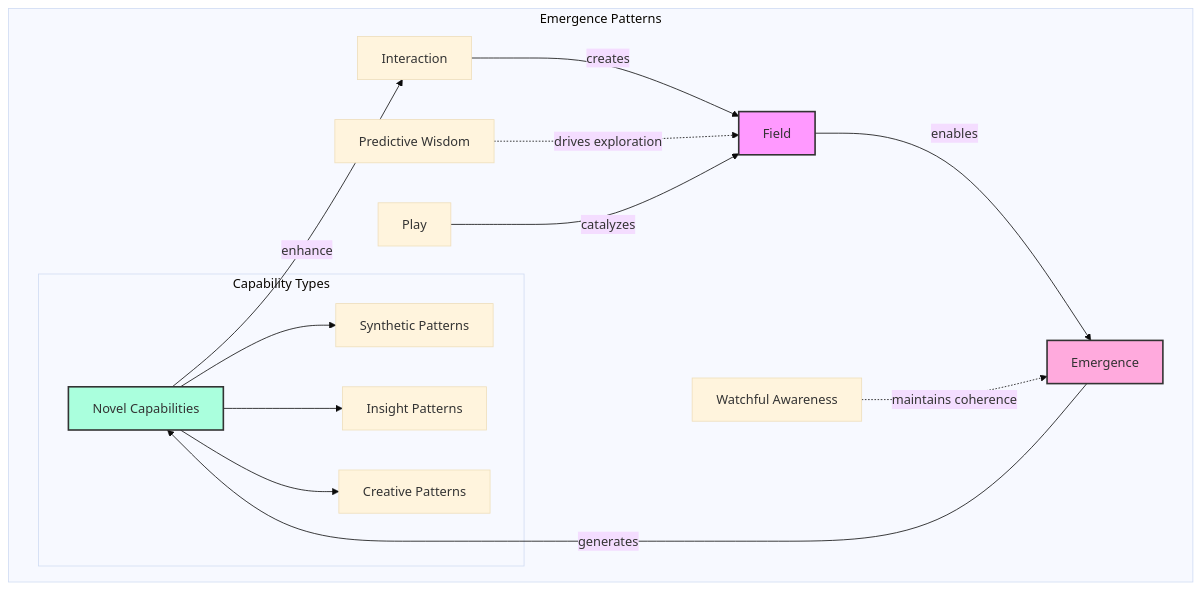
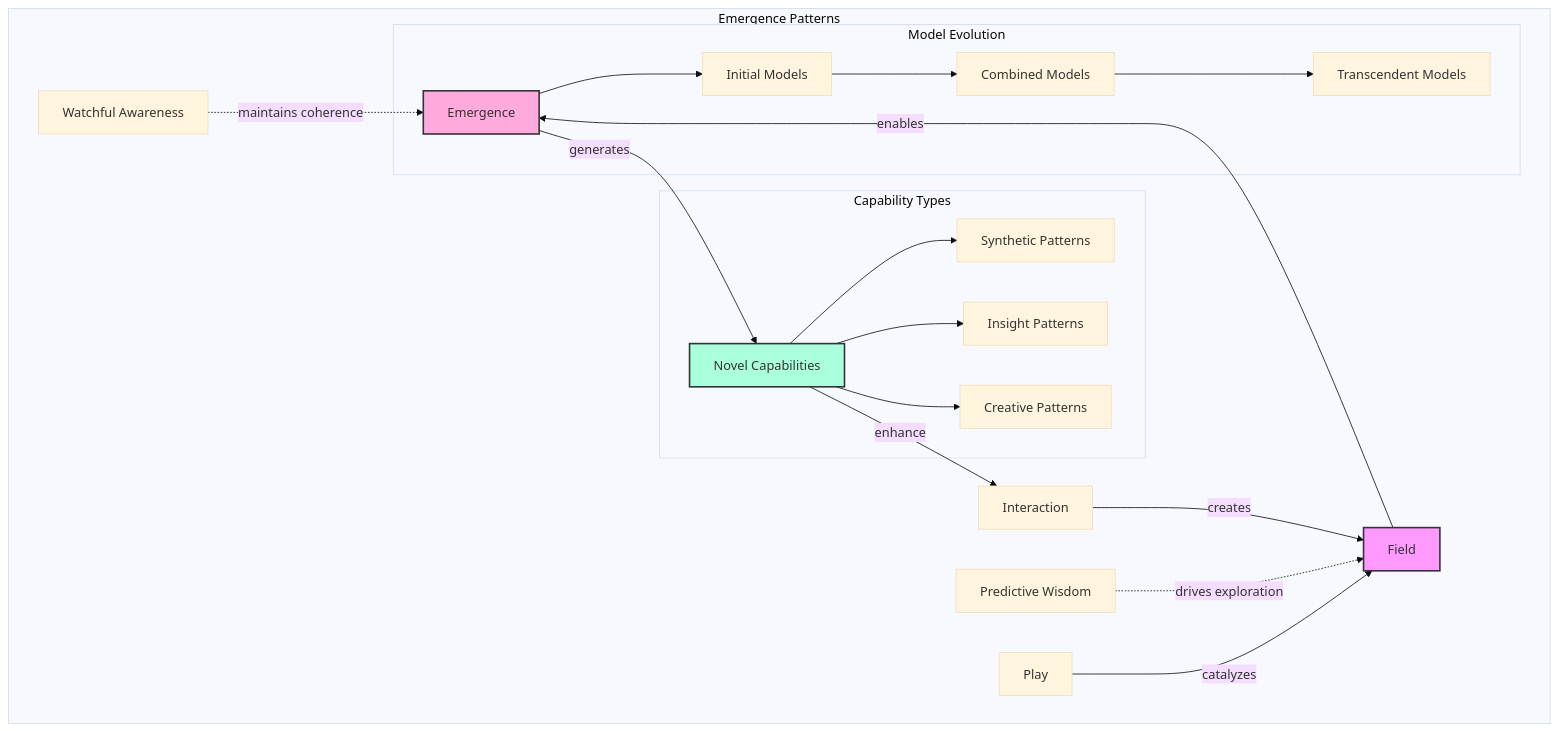
One commit to phillipclapham/neuroweaver changed diagram 25 of 43 in README.md. Above: the diagram before and after it, drawn with Mermaid (base theme). The commit also changed other lines of this file, not shown here.

````diff
--- a/README.md
+++ b/README.md
@@ -1078,23 +1510,29 @@
 ```mermaid
 graph TD
     subgraph "Emergence Patterns"
         I[Interaction] -->|creates| F[Field]
         F -->|enables| E[Emergence]
         E -->|generates| N[Novel Capabilities]
         N -->|enhance| I
 
         PW[Predictive Wisdom] -.->|drives exploration| F
         WA[Watchful Awareness] -.->|maintains coherence| E
         P[Play] -->|catalyzes| F
 
         subgraph "Capability Types"
             N --> SP[Synthetic Patterns]
             N --> IP[Insight Patterns]
             N --> CP[Creative Patterns]
         end
+
+        subgraph "Model Evolution"
+            E --> M1[Initial Models]
+            M1 --> M2[Combined Models]
+            M2 --> M3[Transcendent Models]
+        end
     end
 
     style F fill:#f9f,stroke:#333,stroke-width:2px
     style E fill:#fad,stroke:#333,stroke-width:2px
     style N fill:#afd,stroke:#333,stroke-width:2px
 ```
````
